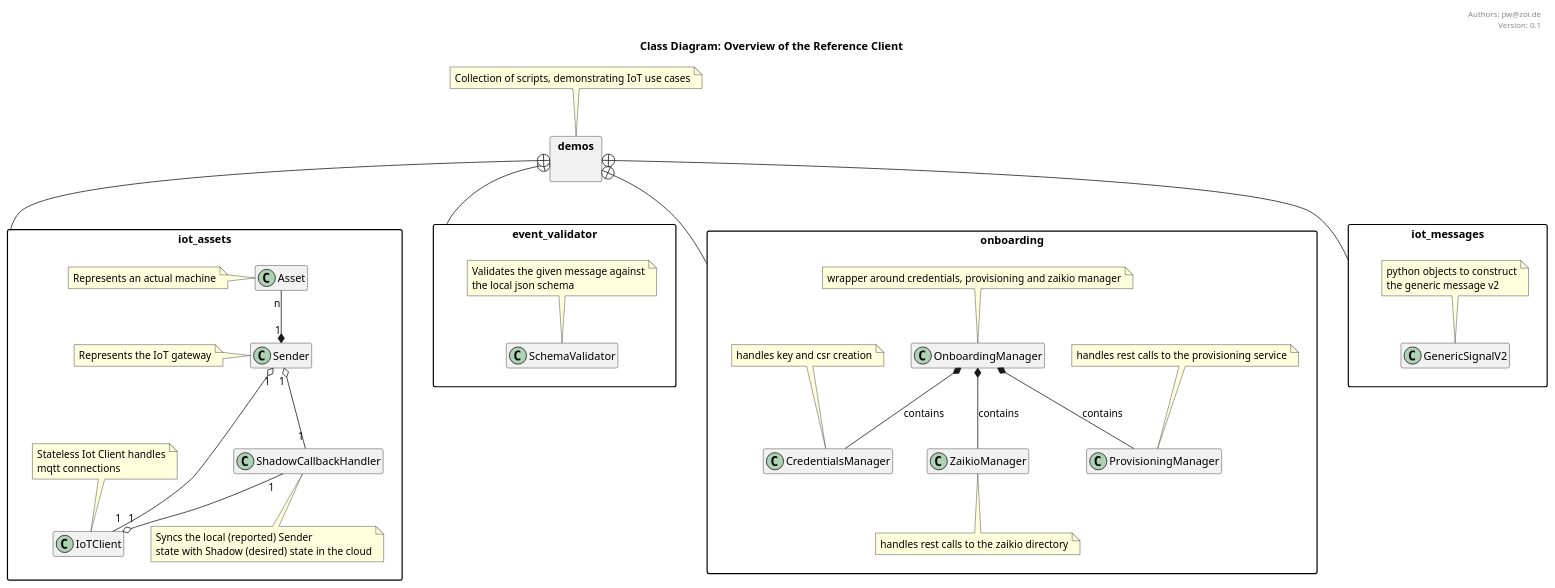
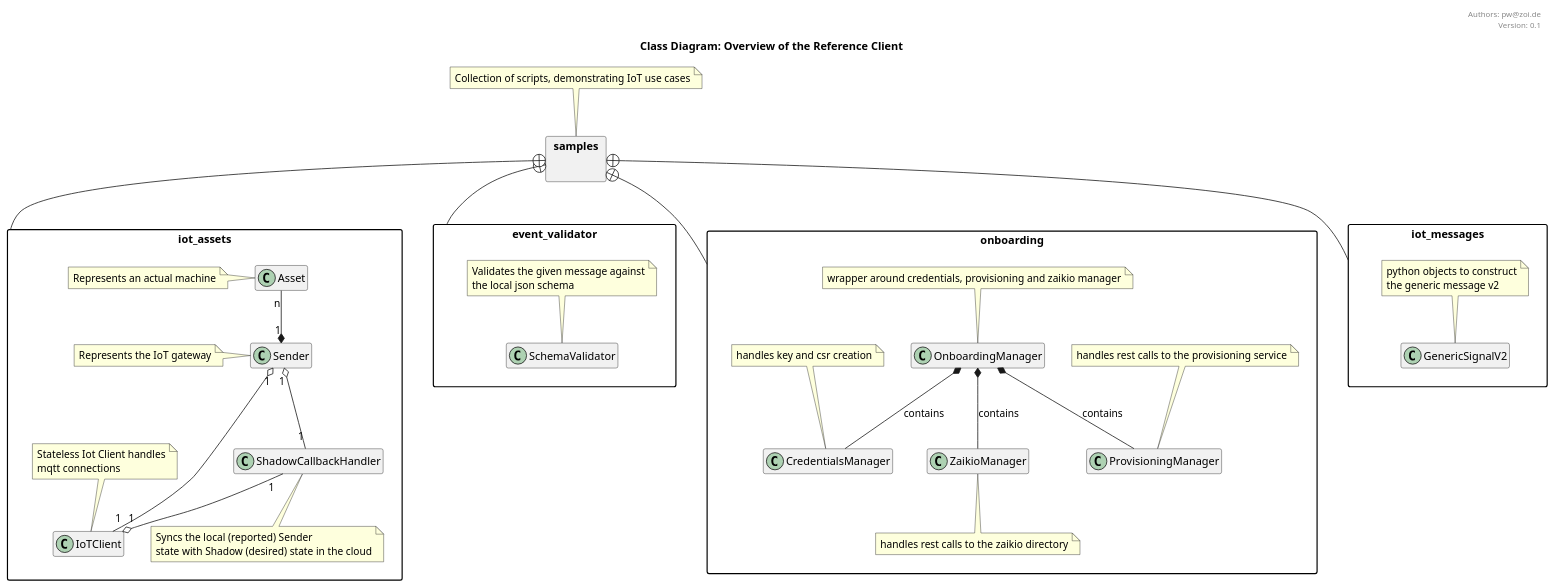
The diagram in docs/cd-iot_assets.puml (hdm-master/iot-reference-client), drawn with PlantUML before and after one commit.

Commit message:
Update cd-iot_assets.puml
wrong package name

```diff
--- a/docs/cd-iot_assets.puml
+++ b/docs/cd-iot_assets.puml
@@ -1,114 +1,114 @@
 @startuml
 
 header
 Authors: pw@zoi.de
 Version: 0.1
 endheader
 
 title Class Diagram: Overview of the Reference Client
 
 
 skinparam packageStyle rectangle
 hide members
 
 package iot_assets {
 
 
 
 class Asset {
 }
 note left: Represents an actual machine
 
 
 class Sender {
 }
 note left: Represents the IoT gateway
 
 
 class IoTClient {
 }
 note top of IoTClient
 Stateless Iot Client handles
 mqtt connections
 end note
 
 class ShadowCallbackHandler {
 }
 note bottom: Syncs the local (reported) Sender \nstate with Shadow (desired) state in the cloud
 
 
 }
 
 
 Asset "n" --* "1" Sender
 Sender "1" o-- "1" ShadowCallbackHandler
 Sender "1" o-- "1" IoTClient
 ShadowCallbackHandler "1" --o "1" IoTClient
 
 
 package event_validator {
 class SchemaValidator {
 }
 note top of SchemaValidator
 Validates the given message against
 the local json schema
 end note
 
 }
 
 package onboarding{
 class CredentialsManager {
 }
 note top of CredentialsManager
 handles key and csr creation
 end note
 
 class OnboardingManager {
 }
 
 note top of OnboardingManager
 wrapper around credentials, provisioning and zaikio manager
 end note
 
 class ProvisioningManager {
 }
 
 note top of ProvisioningManager
 handles rest calls to the provisioning service
 end note
 
 class ZaikioManager {
 }
 
 note bottom of ZaikioManager
 handles rest calls to the zaikio directory
 end note
 }
 
 OnboardingManager *-- ProvisioningManager : contains
 OnboardingManager *-- CredentialsManager : contains
 OnboardingManager *-- ZaikioManager : contains
 
 package iot_messages {
 class GenericSignalV2 {
 }
 
 note top of GenericSignalV2
 python objects to construct
 the generic message v2
 end note
 
 }
 
-package demos {
+package samples {
 
 }
-note top of demos: Collection of scripts, demonstrating IoT use cases
+note top of samples: Collection of scripts, demonstrating IoT use cases
 
-demos +-- iot_messages
-demos +-- event_validator
-demos +-- onboarding
-demos +-- iot_assets
+samples +-- iot_messages
+samples +-- event_validator
+samples +-- onboarding
+samples +-- iot_assets
 
 
 @enduml
```
